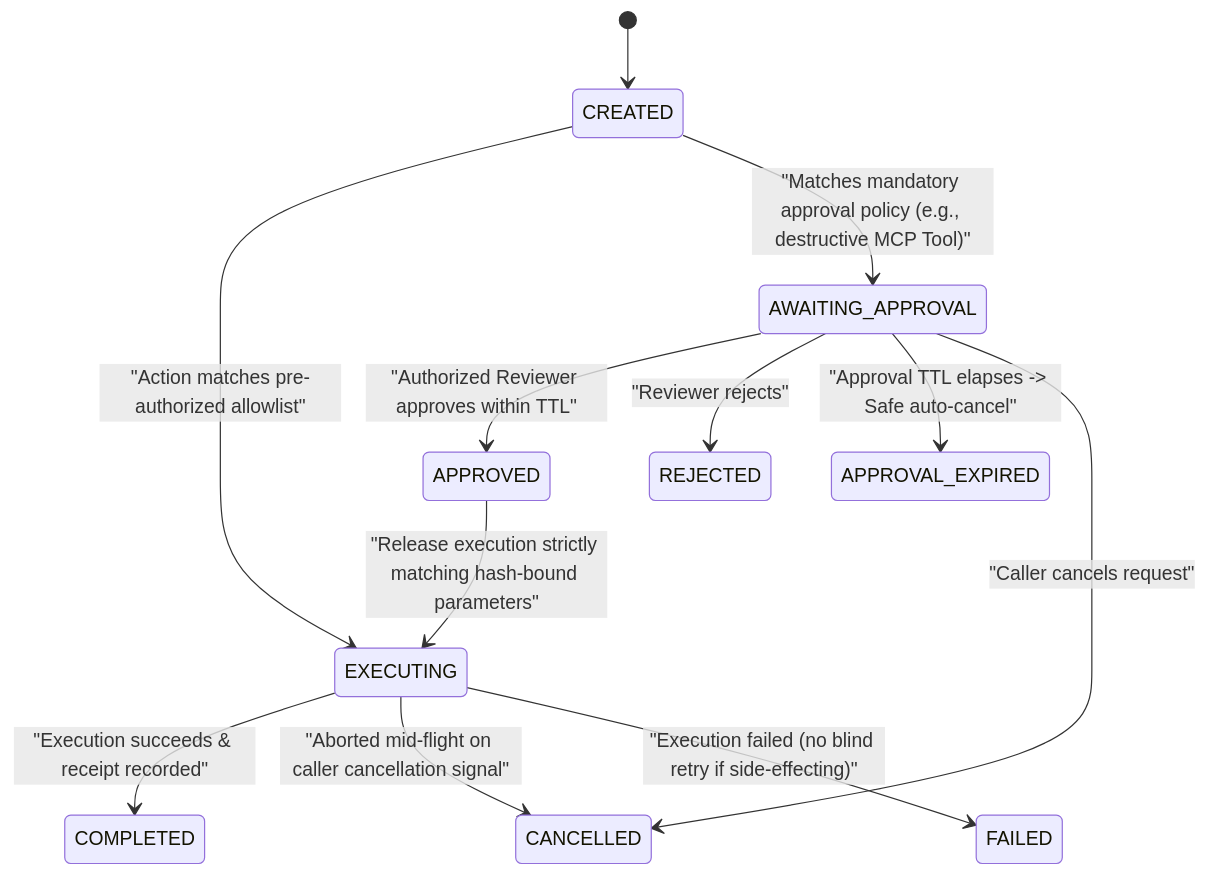
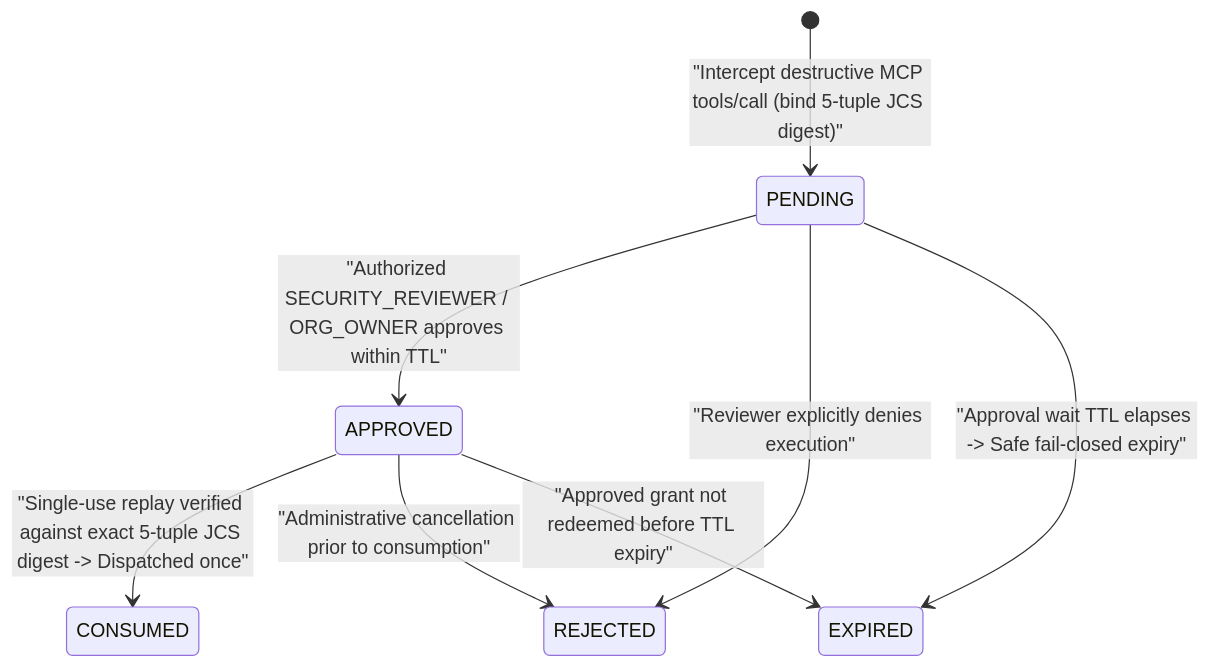
One commit to nguywnben/tanpopo changed the seventh of 10 diagrams in docs/requirements/business-entity-map.md. Above: the diagram before and after it, drawn with Mermaid. The commit also changed other lines of this file and 70 other files, not shown here.

````diff
--- a/docs/requirements/business-entity-map.md
+++ b/docs/requirements/business-entity-map.md
@@ -210,14 +281,10 @@
 ```mermaid
 stateDiagram-v2
-    [*] --> CREATED
-    CREATED --> EXECUTING : "Action matches pre-authorized allowlist"
-    CREATED --> AWAITING_APPROVAL : "Matches mandatory approval policy (e.g., destructive MCP Tool)"
-    AWAITING_APPROVAL --> APPROVED : "Authorized Reviewer approves within TTL"
-    AWAITING_APPROVAL --> REJECTED : "Reviewer rejects"
-    AWAITING_APPROVAL --> APPROVAL_EXPIRED : "Approval TTL elapses -> Safe auto-cancel"
-    AWAITING_APPROVAL --> CANCELLED : "Caller cancels request"
-    APPROVED --> EXECUTING : "Release execution strictly matching hash-bound parameters"
-    EXECUTING --> COMPLETED : "Execution succeeds & receipt recorded"
-    EXECUTING --> CANCELLED : "Aborted mid-flight on caller cancellation signal"
-    EXECUTING --> FAILED : "Execution failed (no blind retry if side-effecting)"
+    [*] --> PENDING : "Intercept destructive MCP tools/call (bind 5-tuple JCS digest)"
+    PENDING --> APPROVED : "Authorized SECURITY_REVIEWER / ORG_OWNER approves within TTL"
+    PENDING --> REJECTED : "Reviewer explicitly denies execution"
+    PENDING --> EXPIRED : "Approval wait TTL elapses -> Safe fail-closed expiry"
+    APPROVED --> CONSUMED : "Single-use replay verified against exact 5-tuple JCS digest -> Dispatched once"
+    APPROVED --> REJECTED : "Administrative cancellation prior to consumption"
+    APPROVED --> EXPIRED : "Approved grant not redeemed before TTL expiry"
 ```
````
